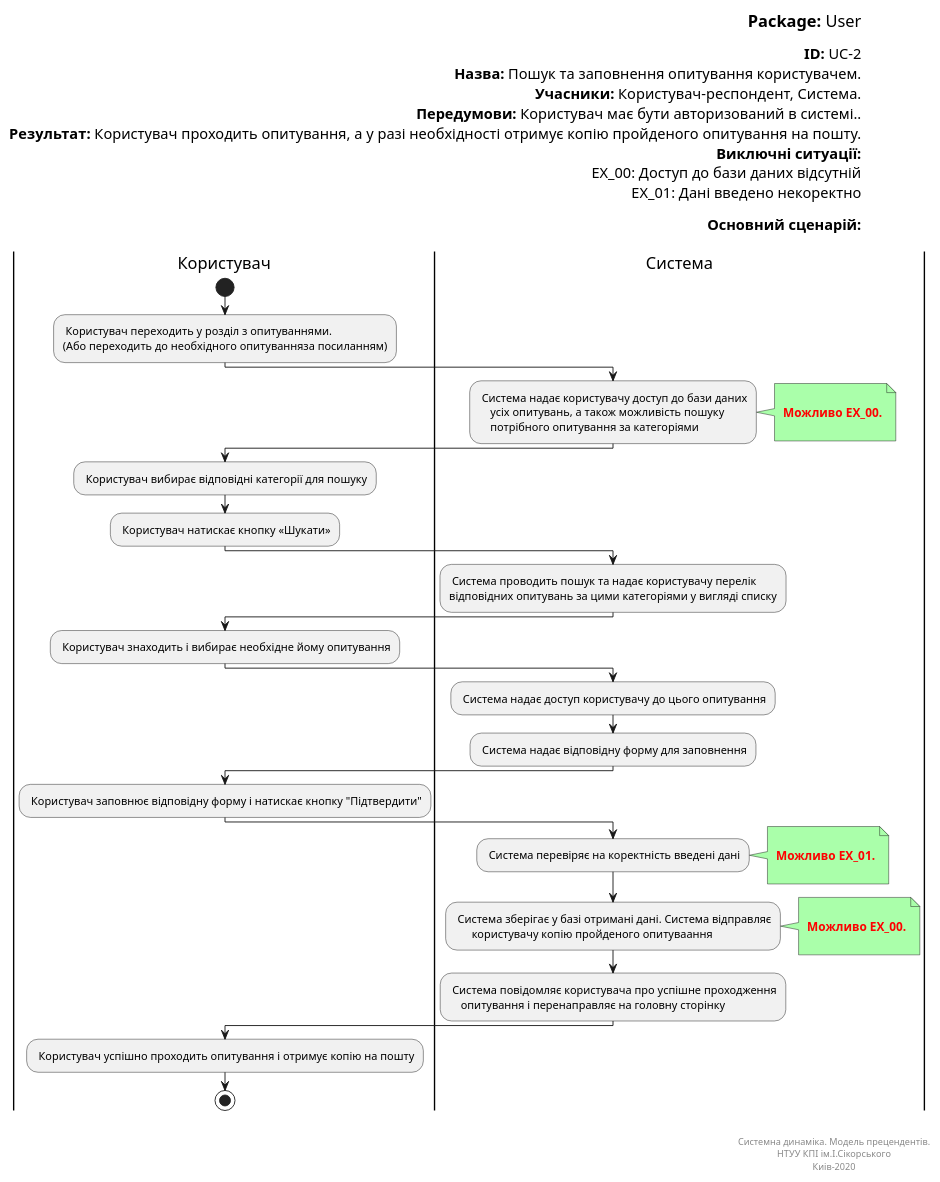
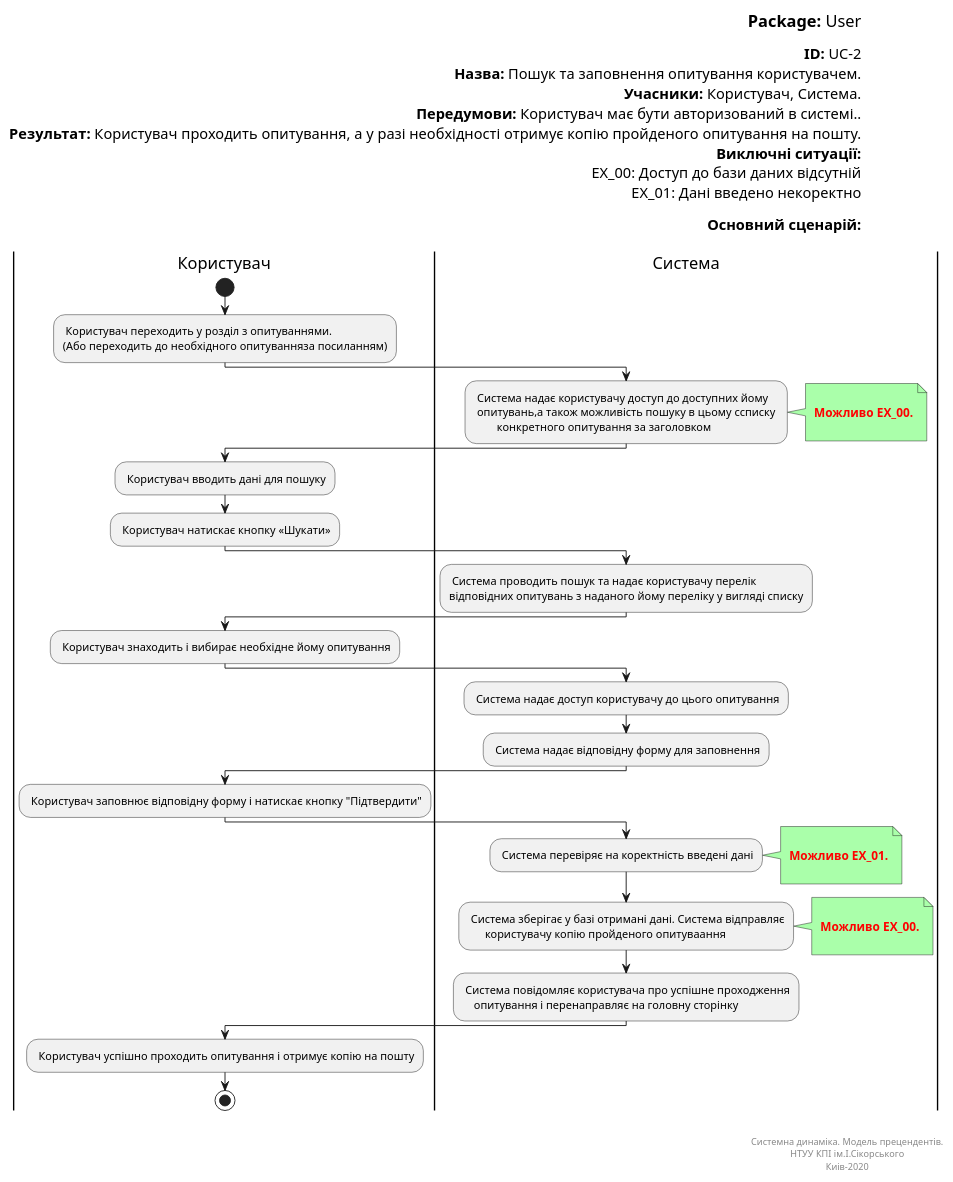
Before and after one commit to ip-85/System-Dynamics: the diagram in Doc/UMLDiagrams/scenarios/user/Diagrams/UML/UC2.pu, drawn with PlantUML.

```diff
--- a/Doc/UMLDiagrams/scenarios/user/Diagrams/UML/UC2.pu
+++ b/Doc/UMLDiagrams/scenarios/user/Diagrams/UML/UC2.pu
@@ -1,90 +1,90 @@
 @startuml userPolls
 left header
 <font color=000 size=18><b>Package:</b> User
 
 <font color=000 size=16><b>ID:</b> UC-2
 <font color=000 size=16><b>Назва:</b> Пошук та заповнення опитування користувачем.
-<font color=000 size=16><b>Учасники:</b> Користувач-респондент, Система.
+<font color=000 size=16><b>Учасники:</b> Користувач, Система.
 <font color=000 size=16><b>Передумови:</b> Користувач має бути авторизований в системі..
 <font color=000 size=16><b>Результат:</b> Користувач проходить опитування, а у разі необхідності отримує копію пройденого опитування на пошту.
 <font color=000 size=16><b>Виключні ситуації:</b>
 <font color=000 size=16> EX_00: Доступ до бази даних відсутній
 <font color=000 size=16> EX_01: Дані введено некоректно
 
 <font color=000 size=16><b>Основний сценарій:</b>
 
 end header
 
 |Користувач|
 start
 : Користувач переходить у розділ з опитуваннями. 
 (Або переходить до необхідного опитуванняза посиланням);
 
 |Система|
-: Система надає користувачу доступ до бази даних 
-    усіх опитувань, а також можливість пошуку 
-    потрібного опитування за категоріями;
+: Система надає користувачу доступ до доступних йому 
+ опитувань,а також можливість пошуку в цьому ссписку 
+        конкретного опитування за заголовком;
 note right #aaffaa
 
 <font color=red><b> Можливо EX_00.
 
 end note    
 
 |Користувач|
 
-: Користувач вибирає відповідні категорії для пошуку;
+: Користувач вводить дані для пошуку;
 
 : Користувач натискає кнопку «Шукати»;
 
 |Система|
 
 : Система проводить пошук та надає користувачу перелік 
-відповідних опитувань за цими категоріями у вигляді списку;
+відповідних опитувань з наданого йому переліку у вигляді списку;
 
 |Користувач|
 
 : Користувач знаходить і вибирає необхідне йому опитування;
 
 |Система|
 
 : Система надає доступ користувачу до цього опитування;
 
 : Система надає відповідну форму для заповнення;
 
 |Користувач|
 
 : Користувач заповнює відповідну форму і натискає кнопку "Підтвердити";
 
 |Система|
 : Система перевіряє на коректність введені дані;
 note right #aaffaa
 
 <font color=red><b> Можливо EX_01.
 
 end note   
 
 : Система зберігає у базі отримані дані. Система відправляє 
       користувачу копію пройденого опитуваання;
 note right #aaffaa
 
 <font color=red><b> Можливо EX_00.
 
 end note         
       
 : Система повідомляє користувача про успішне проходження 
     опитування і перенаправляє на головну сторінку;
     
 |Користувач|
 : Користувач успішно проходить опитування і отримує копію на пошту;
 
 stop;
 
 right footer
 
 
 Системна динаміка. Модель прецендентів.
 НТУУ КПІ ім.І.Сікорського
 Киів-2020
 end footer
 
 @enduml
```
